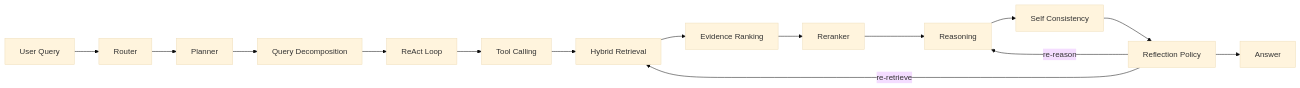
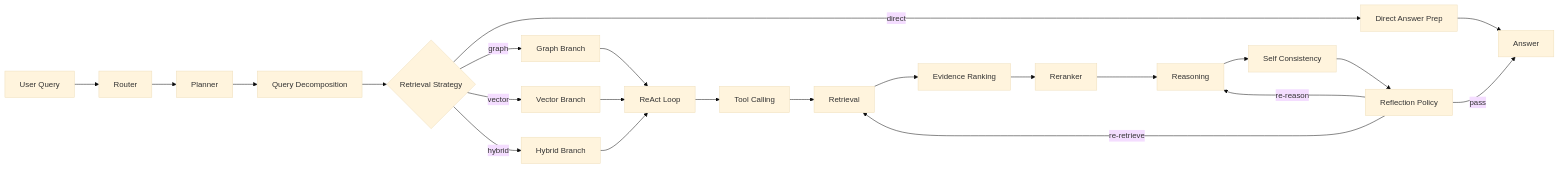
One commit to jhz123-bot/legal-agentic-graphrag changed the second of 3 diagrams in README.md. Above: the diagram before and after it, drawn with Mermaid (base theme). The commit also changed other lines of this file and 5321 other files, not shown here.

Commit message:
upgrade legal agentic graphrag with memory evaluation and safety modules

````diff
--- a/README.md
+++ b/README.md
@@ -40,17 +42,25 @@
 ```mermaid
 flowchart LR
     Q[User Query] --> R[Router]
     R --> P[Planner]
     P --> D[Query Decomposition]
-    D --> RL[ReAct Loop]
+    D --> B{Retrieval Strategy}
+    B -->|direct| DA[Direct Answer Prep]
+    B -->|graph| BG[Graph Branch]
+    B -->|vector| BV[Vector Branch]
+    B -->|hybrid| BH[Hybrid Branch]
+    BG --> RL[ReAct Loop]
+    BV --> RL
+    BH --> RL
     RL --> T[Tool Calling]
-    T --> HR[Hybrid Retrieval]
-    HR --> ER[Evidence Ranking]
+    T --> RT[Retrieval]
+    RT --> ER[Evidence Ranking]
     ER --> RR[Reranker]
     RR --> RS[Reasoning]
     RS --> SC[Self Consistency]
     SC --> RF[Reflection Policy]
-    RF --> A[Answer]
-    RF -->|re-retrieve| HR
+    RF -->|re-retrieve| RT
     RF -->|re-reason| RS
+    RF -->|pass| A[Answer]
+    DA --> A
 ```
````
